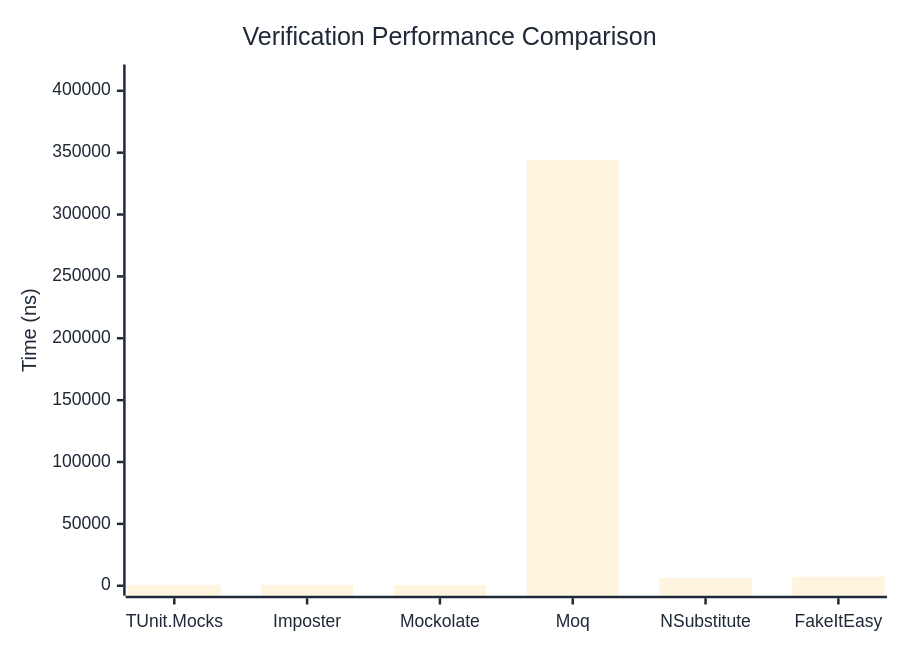
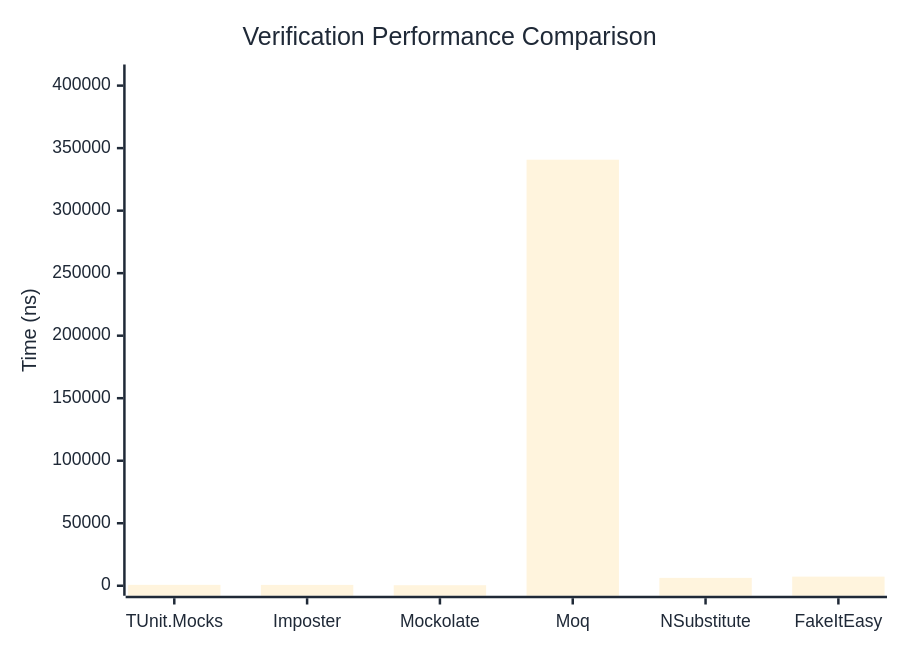
Before and after one commit to thomhurst/TUnit: the first of 3 diagrams in docs/docs/benchmarks/mocks/Verification.md, drawn with Mermaid. The commit also changed other lines of this file and 14 other files, not shown here.

````diff
--- a/docs/docs/benchmarks/mocks/Verification.md
+++ b/docs/docs/benchmarks/mocks/Verification.md
@@ -30,27 +30,27 @@
 ```mermaid
 %%{init: {
   'theme':'base',
   'themeVariables': {
     'primaryColor': '#2563eb',
     'primaryTextColor': '#1f2937',
     'primaryBorderColor': '#1e40af',
     'lineColor': '#6b7280',
     'secondaryColor': '#7c3aed',
     'tertiaryColor': '#dc2626',
     'background': '#ffffff',
     'pie1': '#2563eb',
     'pie2': '#7c3aed',
     'pie3': '#dc2626',
     'pie4': '#f59e0b',
     'pie5': '#10b981',
     'pie6': '#06b6d4',
     'pie7': '#ec4899',
     'pie8': '#6366f1'
   }
 }}%%
 xychart-beta
   title "Verification Performance Comparison"
   x-axis ["TUnit.Mocks", "Imposter", "Mockolate", "Moq", "NSubstitute", "FakeItEasy"]
-  y-axis "Time (ns)" 0 --> 413170
-  bar [750.16, 732.14, 414.69, 344307.9, 6307.42, 7320.97]
+  y-axis "Time (ns)" 0 --> 408891
+  bar [718.76, 674.59, 419.47, 340742.25, 6288.57, 7295.57]
 ```
````
